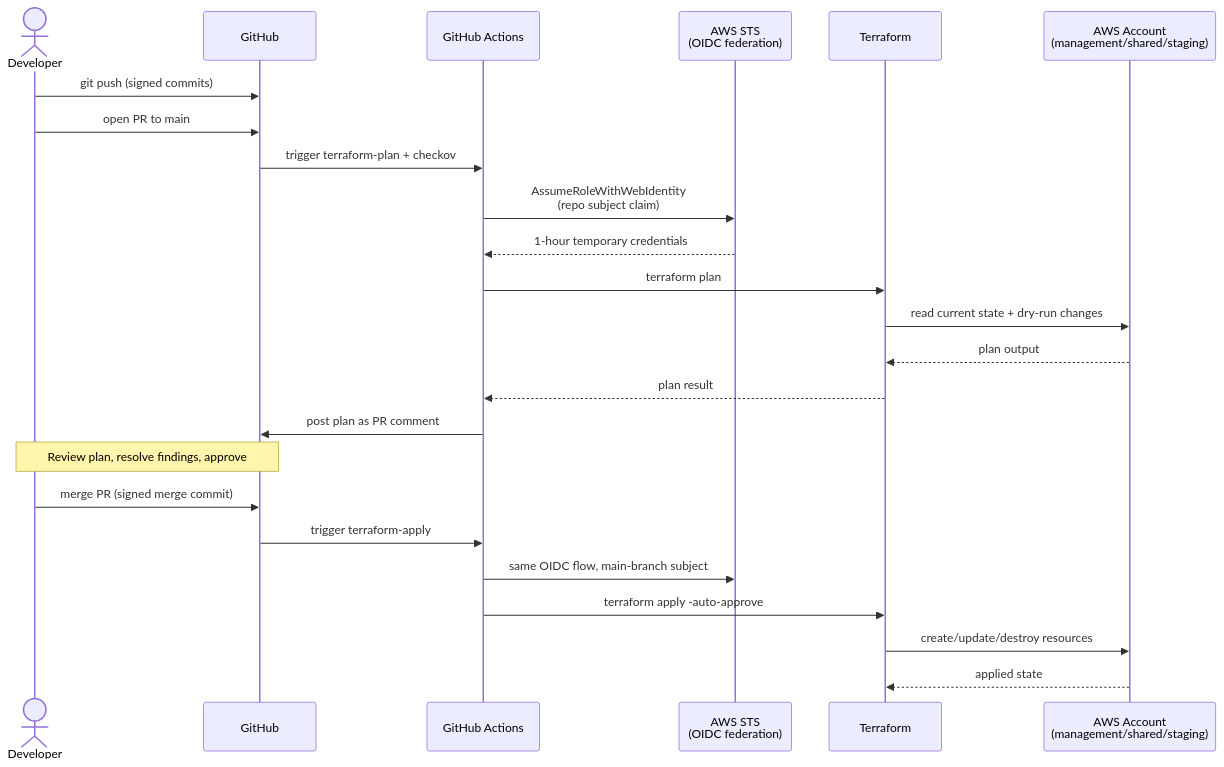
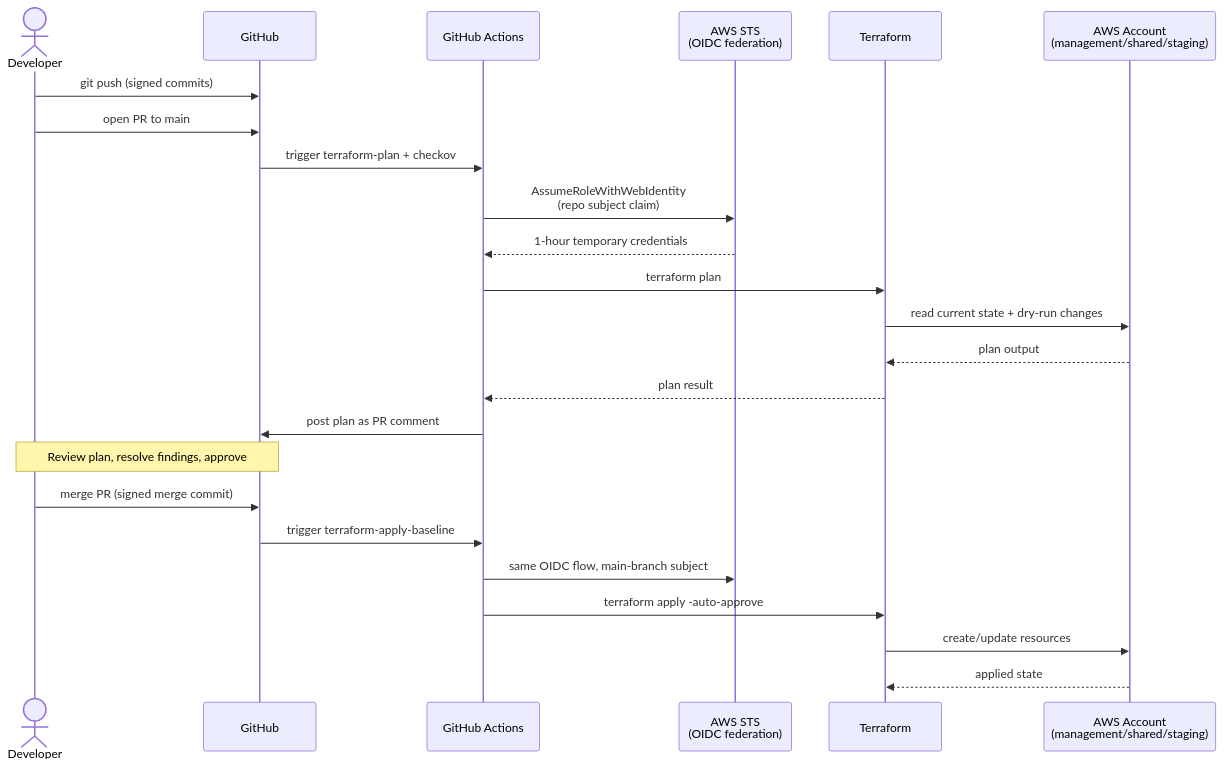
The second of 5 diagrams in docs/architecture.md (BinHsu/aegis-aws-landing-zone), drawn with Mermaid before and after one commit. The commit also changed other lines of this file and 220 other files, not shown here.

````diff
--- a/docs/architecture.md
+++ b/docs/architecture.md
@@ -57,29 +61,29 @@
 ```mermaid
 sequenceDiagram
   actor Dev as Developer
   participant GH as GitHub
   participant GHA as GitHub Actions
   participant OIDC as AWS STS<br/>(OIDC federation)
   participant TF as Terraform
   participant AWS as AWS Account<br/>(management/shared/staging)
 
   Dev->>GH: git push (signed commits)
   Dev->>GH: open PR to main
   GH->>GHA: trigger terraform-plan + checkov
   GHA->>OIDC: AssumeRoleWithWebIdentity<br/>(repo subject claim)
   OIDC-->>GHA: 1-hour temporary credentials
   GHA->>TF: terraform plan
   TF->>AWS: read current state + dry-run changes
   AWS-->>TF: plan output
   TF-->>GHA: plan result
   GHA->>GH: post plan as PR comment
 
   Note over Dev,GH: Review plan, resolve findings, approve
 
   Dev->>GH: merge PR (signed merge commit)
-  GH->>GHA: trigger terraform-apply
+  GH->>GHA: trigger terraform-apply-baseline
   GHA->>OIDC: same OIDC flow, main-branch subject
   GHA->>TF: terraform apply -auto-approve
-  TF->>AWS: create/update/destroy resources
+  TF->>AWS: create/update resources
   AWS-->>TF: applied state
 ```
````
